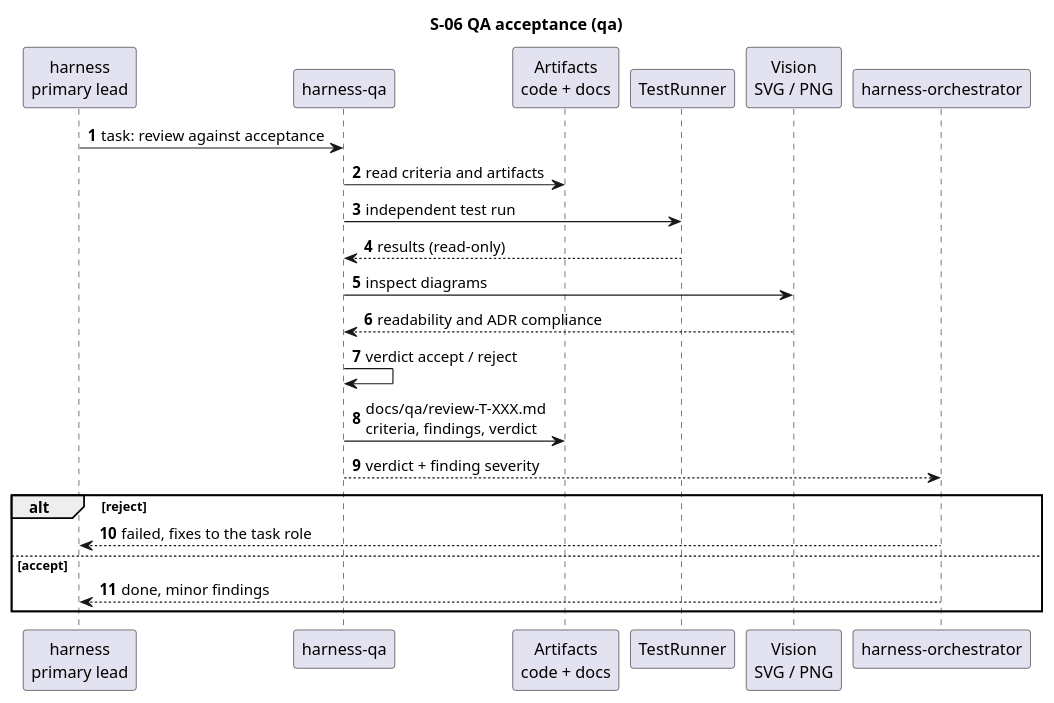
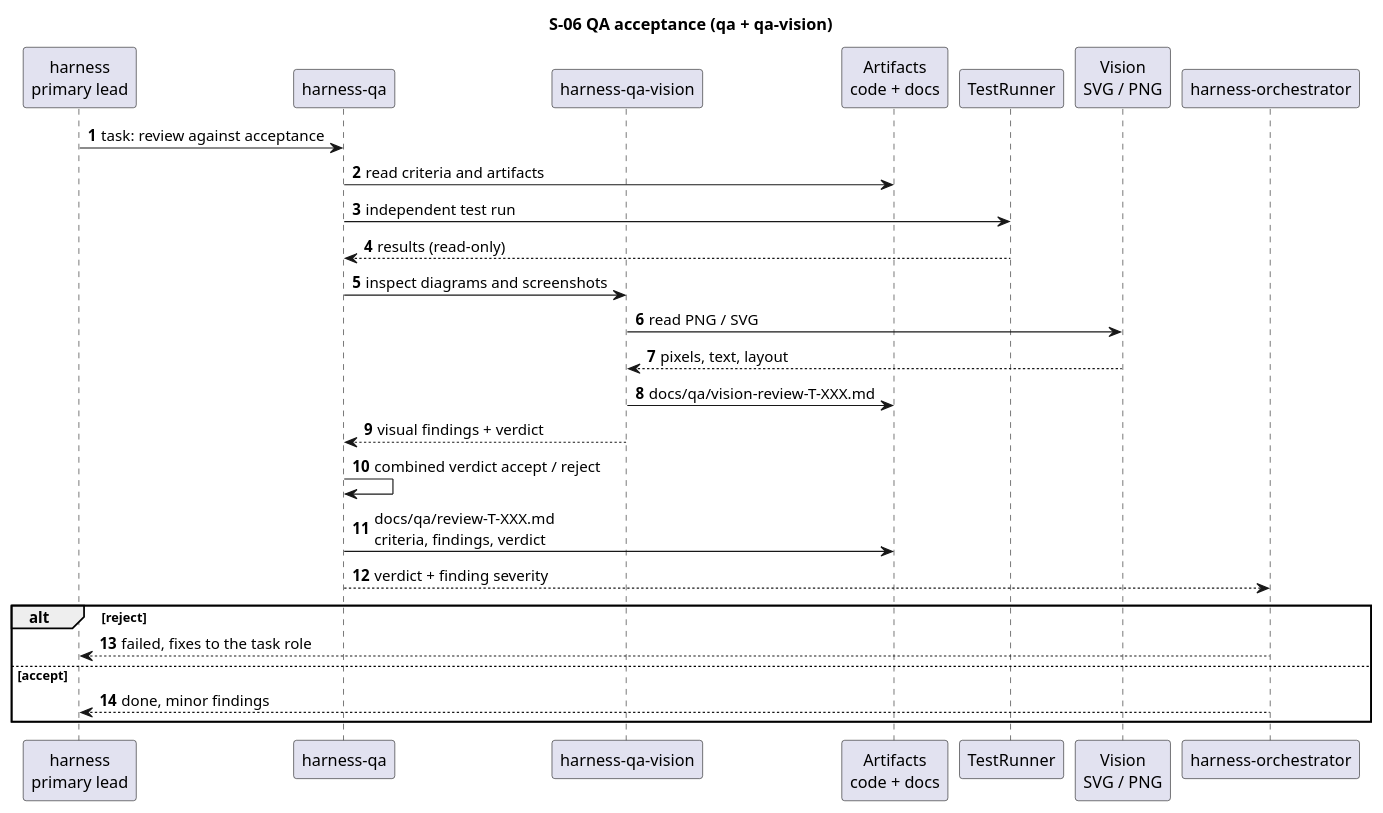
The diagram in docs/description/diagrams/seq-06-qa.puml (serge-sasov/harness), drawn with PlantUML before and after one commit. The commit also changed 17 other files, not shown here.

Commit message:
feat: add harness-qa-vision subagent

```diff
--- a/docs/description/diagrams/seq-06-qa.puml
+++ b/docs/description/diagrams/seq-06-qa.puml
@@ -1,27 +1,31 @@
 @startuml
 autonumber
 skinparam defaultFontName Segoe UI
-title S-06 QA acceptance (qa)
+title S-06 QA acceptance (qa + qa-vision)
 
 participant "harness\nprimary lead" as primary
 participant "harness-qa" as qa
+participant "harness-qa-vision" as qavision
 participant "Artifacts\ncode + docs" as store
 participant "TestRunner" as tests
 participant "Vision\nSVG / PNG" as vision
 participant "harness-orchestrator" as orch
 
 primary -> qa : task: review against acceptance
 qa -> store : read criteria and artifacts
 qa -> tests : independent test run
 tests --> qa : results (read-only)
-qa -> vision : inspect diagrams
-vision --> qa : readability and ADR compliance
-qa -> qa : verdict accept / reject
+qa -> qavision : inspect diagrams and screenshots
+qavision -> vision : read PNG / SVG
+vision --> qavision : pixels, text, layout
+qavision -> store : docs/qa/vision-review-T-XXX.md
+qavision --> qa : visual findings + verdict
+qa -> qa : combined verdict accept / reject
 qa -> store : docs/qa/review-T-XXX.md\ncriteria, findings, verdict
 qa --> orch : verdict + finding severity
 alt reject
   orch --> primary : failed, fixes to the task role
 else accept
   orch --> primary : done, minor findings
 end
 @enduml
```
